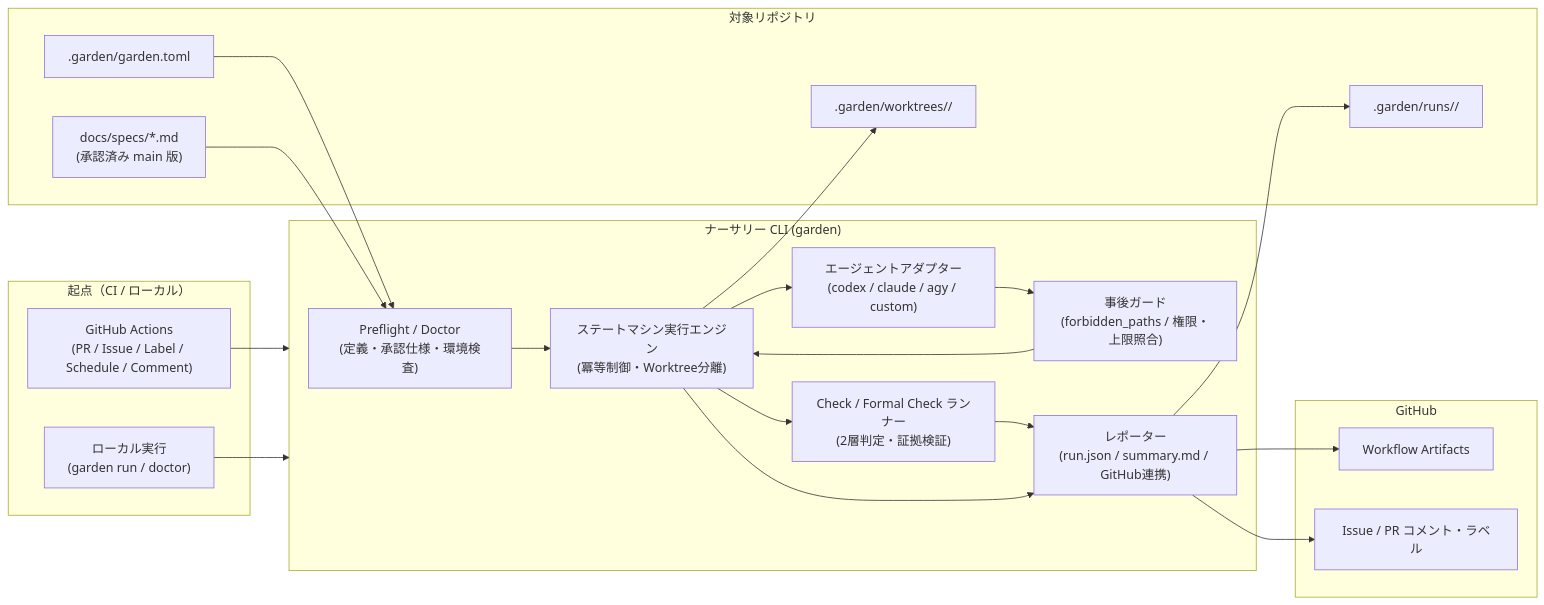
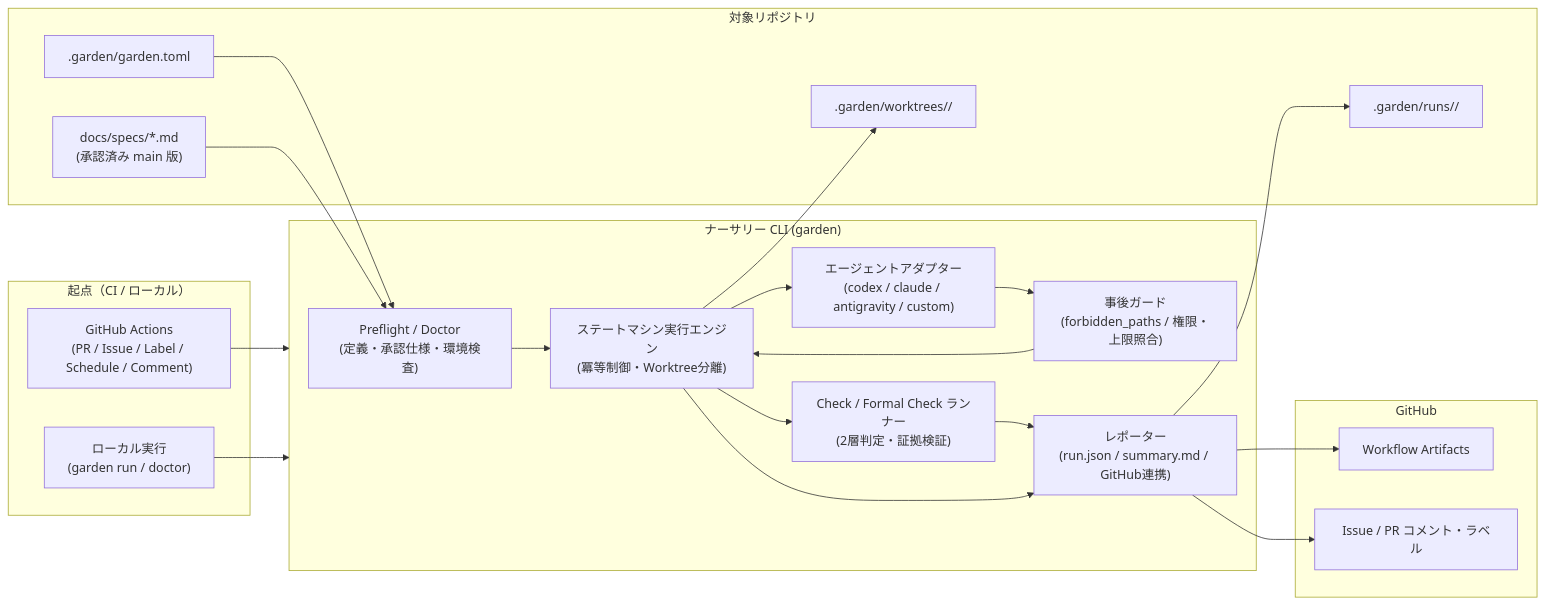
The first of 2 diagrams in docs/implementation/detailed-design.md (s-hiraoku/hiraoku-software-garden), drawn with Mermaid before and after one commit. The commit also changed other lines of this file and 2 other files, not shown here.

````diff
--- a/docs/implementation/detailed-design.md
+++ b/docs/implementation/detailed-design.md
@@ -17,44 +17,44 @@
 ```mermaid
 flowchart LR
     subgraph Trigger["起点（CI / ローカル）"]
         GHA["GitHub Actions<br/>(PR / Issue / Label / Schedule / Comment)"]
         LOCAL["ローカル実行<br/>(garden run / doctor)"]
     end
 
     subgraph CLI["ナーサリー CLI (garden)"]
         PRE["Preflight / Doctor<br/>(定義・承認仕様・環境検査)"]
         SM["ステートマシン実行エンジン<br/>(冪等制御・Worktree分離)"]
         CHK["Check / Formal Check ランナー<br/>(2層判定・証拠検証)"]
-        ADP["エージェントアダプター<br/>(codex / claude / agy / custom)"]
+        ADP["エージェントアダプター<br/>(codex / claude / antigravity / custom)"]
         GRD["事後ガード<br/>(forbidden_paths / 権限・上限照合)"]
         REP["レポーター<br/>(run.json / summary.md / GitHub連携)"]
     end
 
     subgraph Target["対象リポジトリ"]
         DEF[".garden/garden.toml"]
         SPEC["docs/specs/*.md<br/>(承認済み main 版)"]
         WT[".garden/worktrees/<run-id>/"]
         RUNS[".garden/runs/<run-id>/"]
     end
 
     subgraph GH["GitHub"]
         ART["Workflow Artifacts"]
         ISSUE["Issue / PR コメント・ラベル"]
     end
 
     GHA --> CLI
     LOCAL --> CLI
     DEF --> PRE
     SPEC --> PRE
     PRE --> SM
     SM --> WT
     SM --> CHK
     SM --> ADP
     ADP --> GRD
     GRD --> SM
     CHK --> REP
     SM --> REP
     REP --> RUNS
     REP --> ART
     REP --> ISSUE
 ```
````
